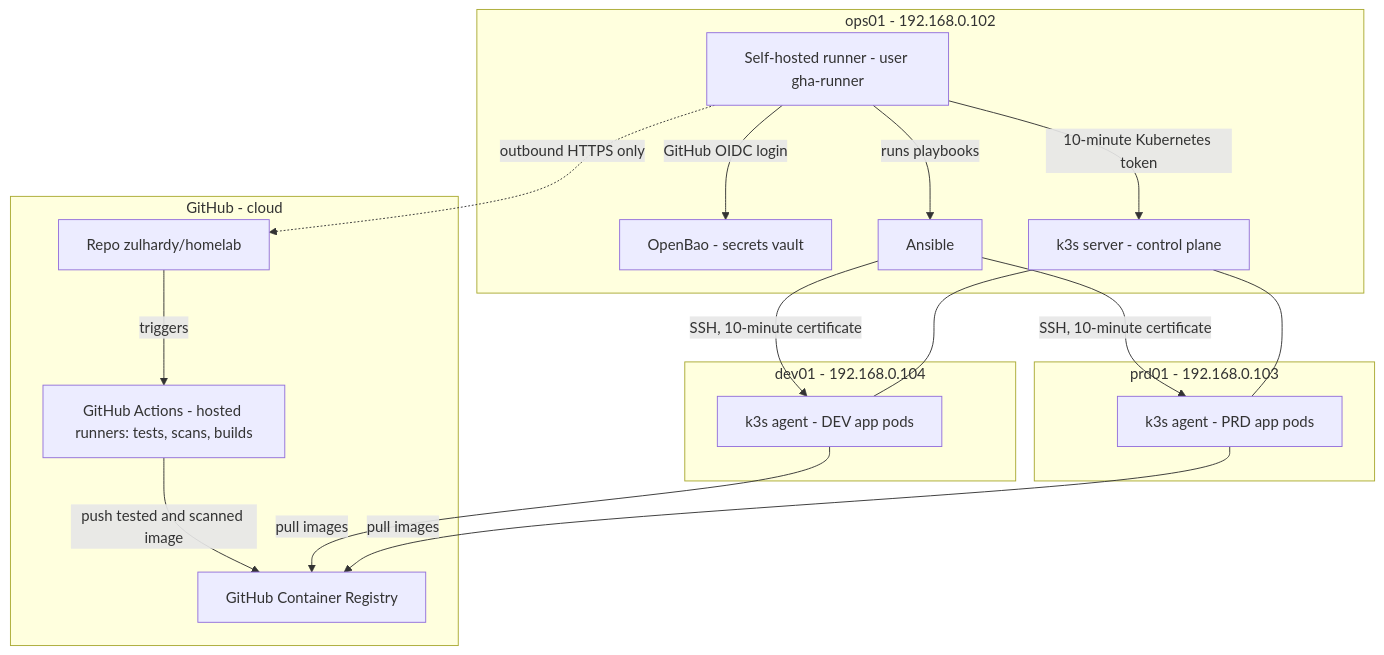
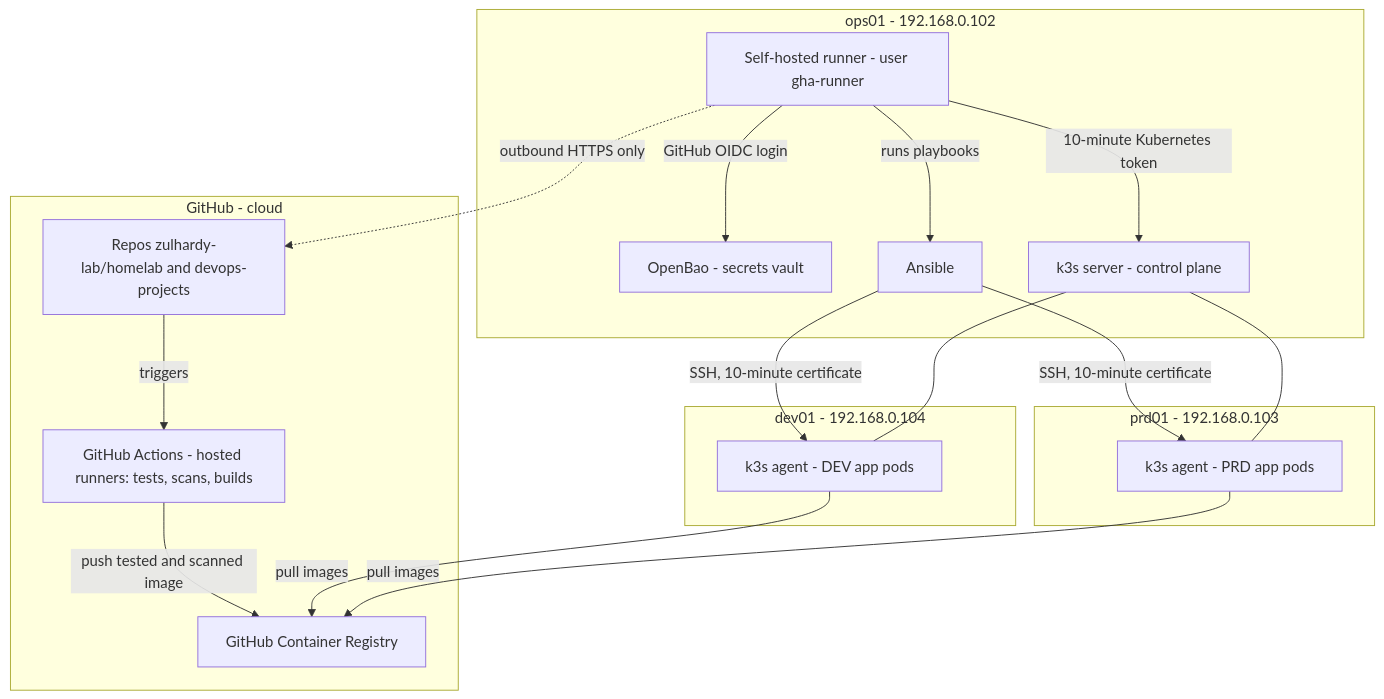
One commit to Zulhardy/homelab changed the first of 2 diagrams in README.md. Above: the diagram before and after it, drawn with Mermaid. The commit also changed other lines of this file and 38 other files, not shown here.

First line of the commit message:
feat: split apps out to devops-projects; homelab keeps the platform

````diff
--- a/README.md
+++ b/README.md
@@ -32,32 +35,32 @@
 ```mermaid
 flowchart TB
     subgraph GH["GitHub - cloud"]
-        REPO["Repo zulhardy/homelab"]
+        REPO["Repos zulhardy-lab/homelab and devops-projects"]
         GHA["GitHub Actions - hosted runners: tests, scans, builds"]
         GHCR["GitHub Container Registry"]
     end
     subgraph O1["ops01 - 192.168.0.102"]
         RUN["Self-hosted runner - user gha-runner"]
         BAO["OpenBao - secrets vault"]
         ANS["Ansible"]
         K3S["k3s server - control plane"]
     end
     subgraph D1["dev01 - 192.168.0.104"]
         AGD["k3s agent - DEV app pods"]
     end
     subgraph P1["prd01 - 192.168.0.103"]
         AGP["k3s agent - PRD app pods"]
     end
     REPO -->|"triggers"| GHA
     GHA -->|"push tested and scanned image"| GHCR
     RUN -.->|"outbound HTTPS only"| REPO
     RUN -->|"GitHub OIDC login"| BAO
     RUN -->|"runs playbooks"| ANS
     ANS -->|"SSH, 10-minute certificate"| AGD
     ANS -->|"SSH, 10-minute certificate"| AGP
     RUN -->|"10-minute Kubernetes token"| K3S
     K3S --- AGD
     K3S --- AGP
     AGD -->|"pull images"| GHCR
     AGP -->|"pull images"| GHCR
 ```
````
